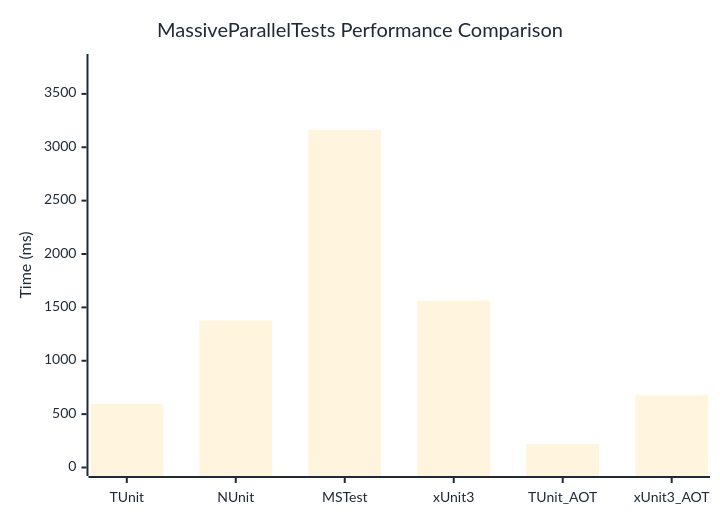
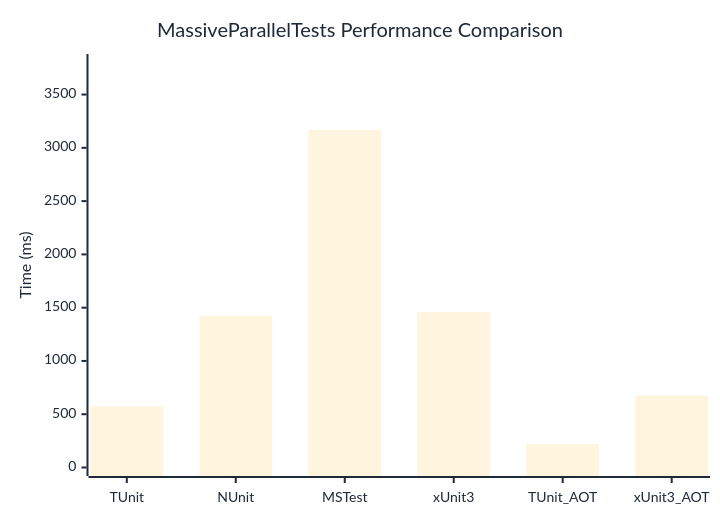
Before and after one commit to thomhurst/TUnit: the diagram in docs/docs/benchmarks/engine/MassiveParallelTests.md, drawn with Mermaid. The commit also changed other lines of this file and 18 other files, not shown here.

````diff
--- a/docs/docs/benchmarks/engine/MassiveParallelTests.md
+++ b/docs/docs/benchmarks/engine/MassiveParallelTests.md
@@ -30,37 +30,37 @@
 ```mermaid
 %%{init: {
   'theme':'base',
   'themeVariables': {
     'primaryColor': '#2563eb',
     'primaryTextColor': '#1f2937',
     'primaryBorderColor': '#1e40af',
     'lineColor': '#6b7280',
     'secondaryColor': '#7c3aed',
     'tertiaryColor': '#dc2626',
     'background': '#ffffff',
     'mainBkg': '#2563eb',
     'secondBkg': '#7c3aed',
     'tertiaryBkg': '#dc2626',
     'clusterBkg': '#f3f4f6',
     'edgeLabelBackground': '#ffffff',
     'tertiaryTextColor': '#1f2937',
     'pie1': '#2563eb',
     'pie2': '#7c3aed',
     'pie3': '#dc2626',
     'pie4': '#f59e0b',
     'pie5': '#10b981',
     'pie6': '#06b6d4',
     'pie7': '#ec4899',
     'pie8': '#6366f1',
     'pie9': '#84cc16',
     'pie10': '#f97316',
     'pie11': '#14b8a6',
     'pie12': '#a855f7'
   }
 }}%%
 xychart-beta
   title "MassiveParallelTests Performance Comparison"
   x-axis ["TUnit", "NUnit", "MSTest", "xUnit3", "TUnit_AOT", "xUnit3_AOT"]
-  y-axis "Time (ms)" 0 --> 3794
-  bar [597, 1378.1, 3161, 1561.9, 218.9, 676.5]
+  y-axis "Time (ms)" 0 --> 3801
+  bar [571.1, 1424.4, 3167.1, 1457.9, 219.4, 674.3]
 ```
````
